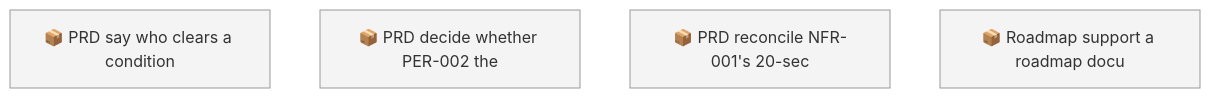
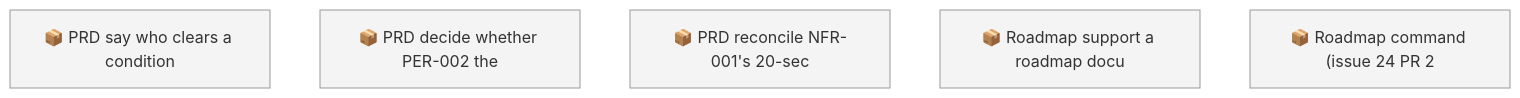
Before and after one commit to SpillwaveSolutions/prd-forge: the first of 2 diagrams in docs/roadmap.md, drawn with Mermaid. The commit also changed other lines of this file and 10 other files, not shown here.

First line of the commit message:
Add /prd-roadmap and roadmap back-links (#24, part 2)

````diff
--- a/docs/roadmap.md
+++ b/docs/roadmap.md
@@ -45,9 +46,10 @@
 ```mermaid
 graph TD
     01M67NBJMD36KW0QP1S9D4SMAD["📦 PRD say who clears a condition"]
     01M67NBJQEWFPJ4YZADKC6ZXP7["📦 PRD decide whether PER-002 the"]
     01M67NBJTJAPJSEETE5YS6SVMT["📦 PRD reconcile NFR-001's 20-sec"]
     01M67NKWT0E0CGYGZYJ8SV6ERN["📦 Roadmap support a roadmap docu"]
+    01M6CS2Q1R05GS1XZWR50CZEAQ["📦 Roadmap command (issue 24 PR 2"]
     classDef todo fill:#f4f4f4,stroke:#999999
-    class 01M67NBJMD36KW0QP1S9D4SMAD,01M67NBJQEWFPJ4YZADKC6ZXP7,01M67NBJTJAPJSEETE5YS6SVMT,01M67NKWT0E0CGYGZYJ8SV6ERN todo
+    class 01M67NBJMD36KW0QP1S9D4SMAD,01M67NBJQEWFPJ4YZADKC6ZXP7,01M67NBJTJAPJSEETE5YS6SVMT,01M67NKWT0E0CGYGZYJ8SV6ERN,01M6CS2Q1R05GS1XZWR50CZEAQ todo
 ```
````
